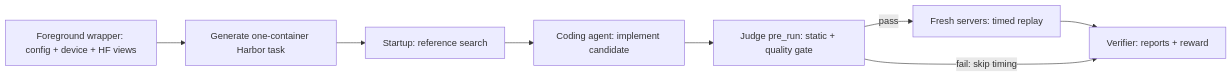
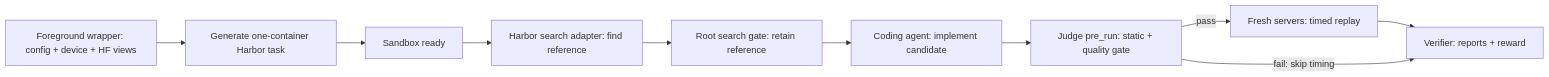
One commit to fengql123/local_eval changed the diagram in docs/benchmark.md. Above: the diagram before and after it, drawn with Mermaid. The commit also changed other lines of this file and 47 other files, not shown here.

````diff
--- a/docs/benchmark.md
+++ b/docs/benchmark.md
@@ -33,13 +38,15 @@
 ```mermaid
 flowchart LR
     host[Foreground wrapper: config + device + HF views]
     task[Generate one-container Harbor task]
-    search[Startup: reference search]
+    ready[Sandbox ready]
+    search[Harbor search adapter: find reference]
+    handoff[Root search gate: retain reference]
     agent[Coding agent: implement candidate]
     gate[Judge pre_run: static + quality gate]
     bench[Fresh servers: timed replay]
     result[Verifier: reports + reward]
-    host --> task --> search --> agent --> gate
+    host --> task --> ready --> search --> handoff --> agent --> gate
     gate -->|pass| bench --> result
     gate -->|fail: skip timing| result
 ```
````
